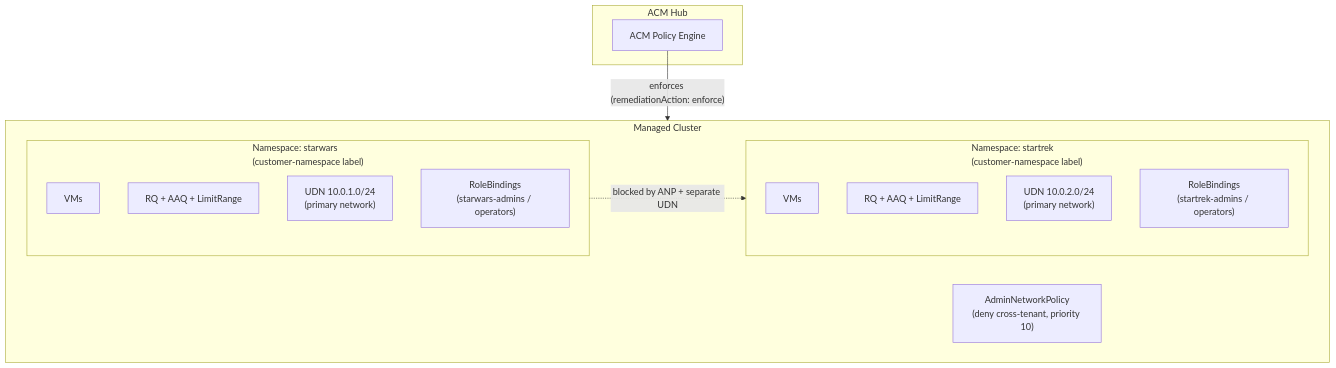
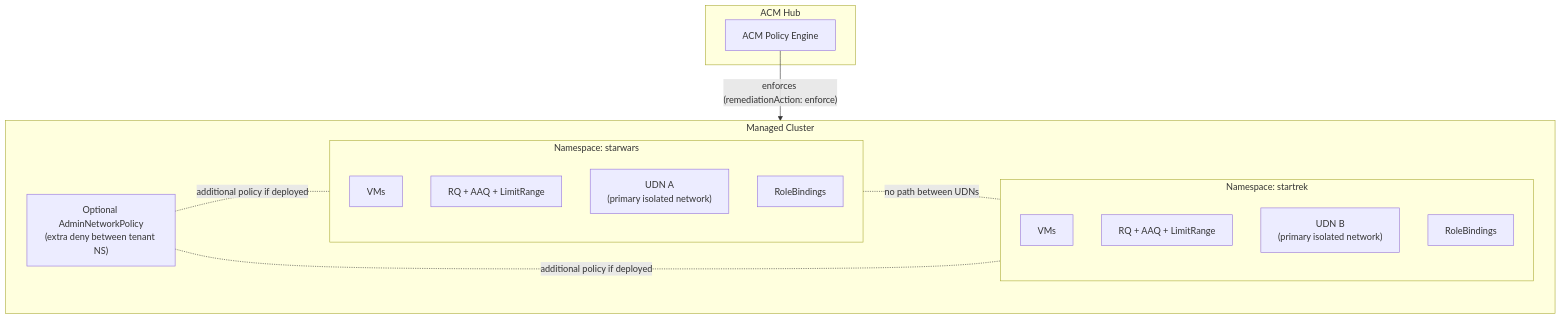
Before and after one commit to ngner/tenancy-by-acm-policy: the first of 3 diagrams in docs/tenancy-model.md, drawn with Mermaid. The commit also changed other lines of this file and 5 other files, not shown here.

````diff
--- a/docs/tenancy-model.md
+++ b/docs/tenancy-model.md
@@ -56,23 +64,25 @@
 ```mermaid
 flowchart TD
     subgraph hub [ACM Hub]
         policy[ACM Policy Engine]
     end
     subgraph managed [Managed Cluster]
-        anp["AdminNetworkPolicy\n(deny cross-tenant, priority 10)"]
-        subgraph tenantA ["Namespace: starwars\n(customer-namespace label)"]
+        subgraph tenantA ["Namespace: starwars"]
             vmA[VMs]
             quotaA["RQ + AAQ + LimitRange"]
-            udnA["UDN 10.0.1.0/24\n(primary network)"]
-            rbacA["RoleBindings\n(starwars-admins / operators)"]
+            udnA["UDN A\n(primary isolated network)"]
+            rbacA["RoleBindings"]
         end
-        subgraph tenantB ["Namespace: startrek\n(customer-namespace label)"]
+        subgraph tenantB ["Namespace: startrek"]
             vmB[VMs]
             quotaB["RQ + AAQ + LimitRange"]
-            udnB["UDN 10.0.2.0/24\n(primary network)"]
-            rbacB["RoleBindings\n(startrek-admins / operators)"]
+            udnB["UDN B\n(primary isolated network)"]
+            rbacB["RoleBindings"]
         end
-        tenantA -. "blocked by ANP + separate UDN" .-> tenantB
+        anp["Optional AdminNetworkPolicy\n(extra deny between tenant NS)"]
+        tenantA -."no path between UDNs".- tenantB
+        anp -. "additional policy if deployed" .- tenantA
+        anp -. "additional policy if deployed" .- tenantB
     end
     policy -->|"enforces (remediationAction: enforce)"| managed
 ```
````
